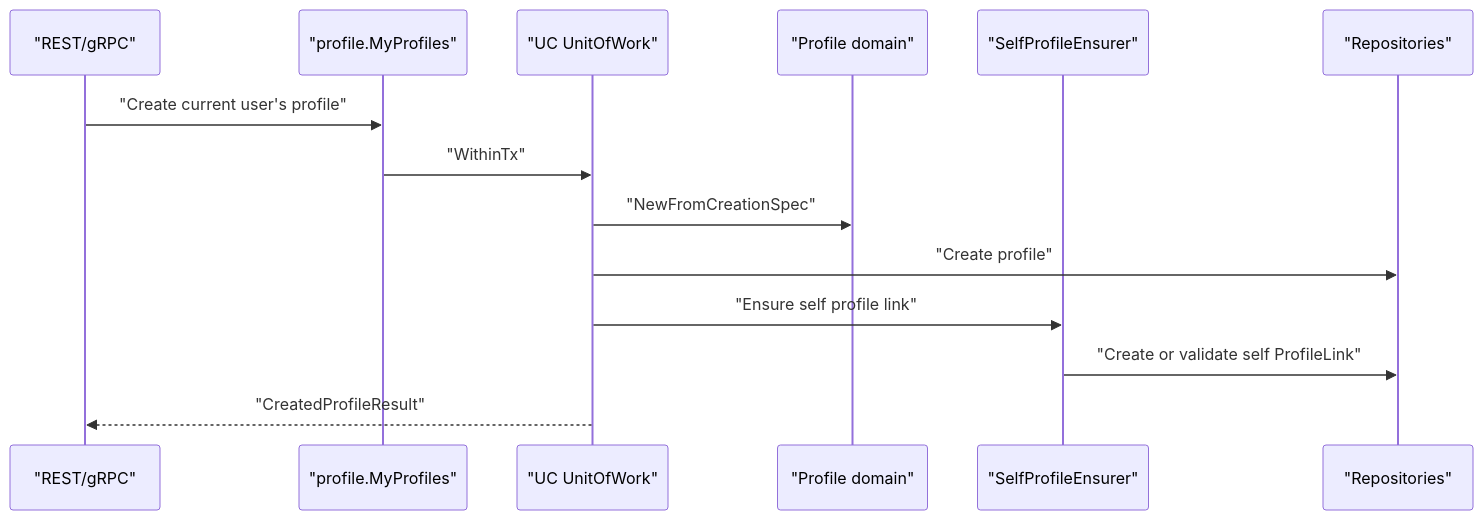
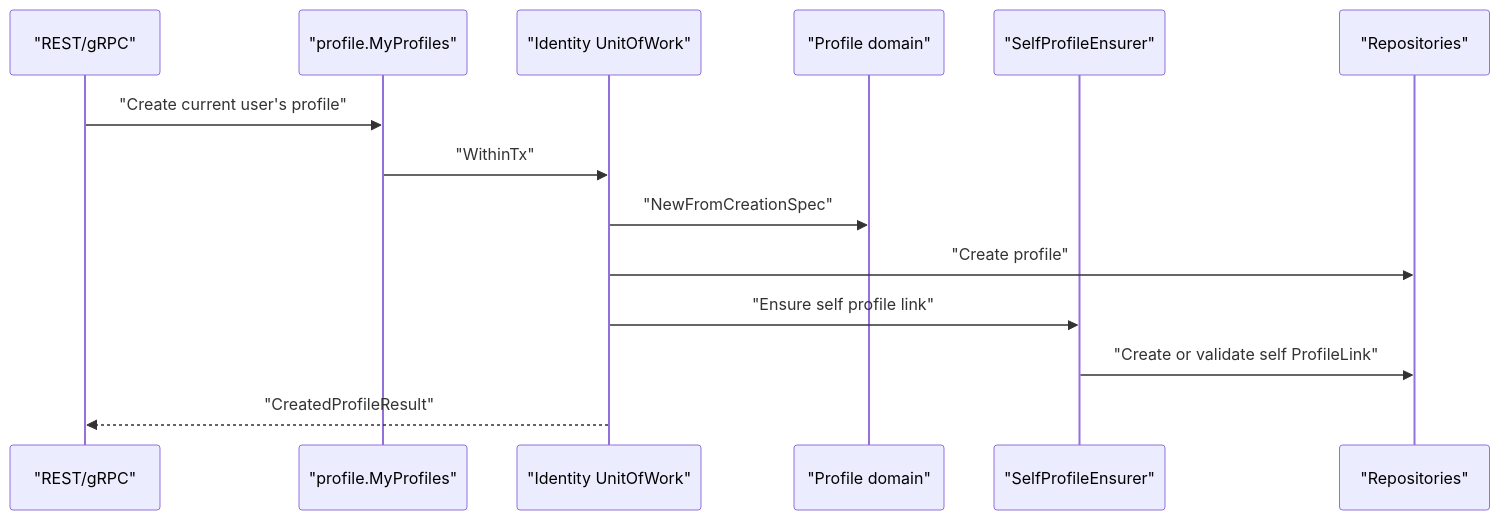
Before and after one commit to FangcunMount/iam: the fourth of 5 diagrams in docs/_archive/02-业务域/03-user-用户&儿童&ProfileLink.md, drawn with Mermaid. The commit also changed other lines of this file and 215 other files, not shown here.

````diff
--- a/docs/_archive/02-业务域/03-user-用户&儿童&ProfileLink.md
+++ b/docs/_archive/02-业务域/03-user-用户&儿童&ProfileLink.md
@@ -161,17 +161,17 @@
 ```mermaid
 sequenceDiagram
     participant Client as "REST/gRPC"
     participant MyProfiles as "profile.MyProfiles"
-    participant UoW as "UC UnitOfWork"
+    participant UoW as "Identity UnitOfWork"
     participant Profile as "Profile domain"
     participant Ensurer as "SelfProfileEnsurer"
     participant Repo as "Repositories"
 
     Client->>MyProfiles: "Create current user's profile"
     MyProfiles->>UoW: "WithinTx"
     UoW->>Profile: "NewFromCreationSpec"
     UoW->>Repo: "Create profile"
     UoW->>Ensurer: "Ensure self profile link"
     Ensurer->>Repo: "Create or validate self ProfileLink"
     UoW-->>Client: "CreatedProfileResult"
 ```
````
